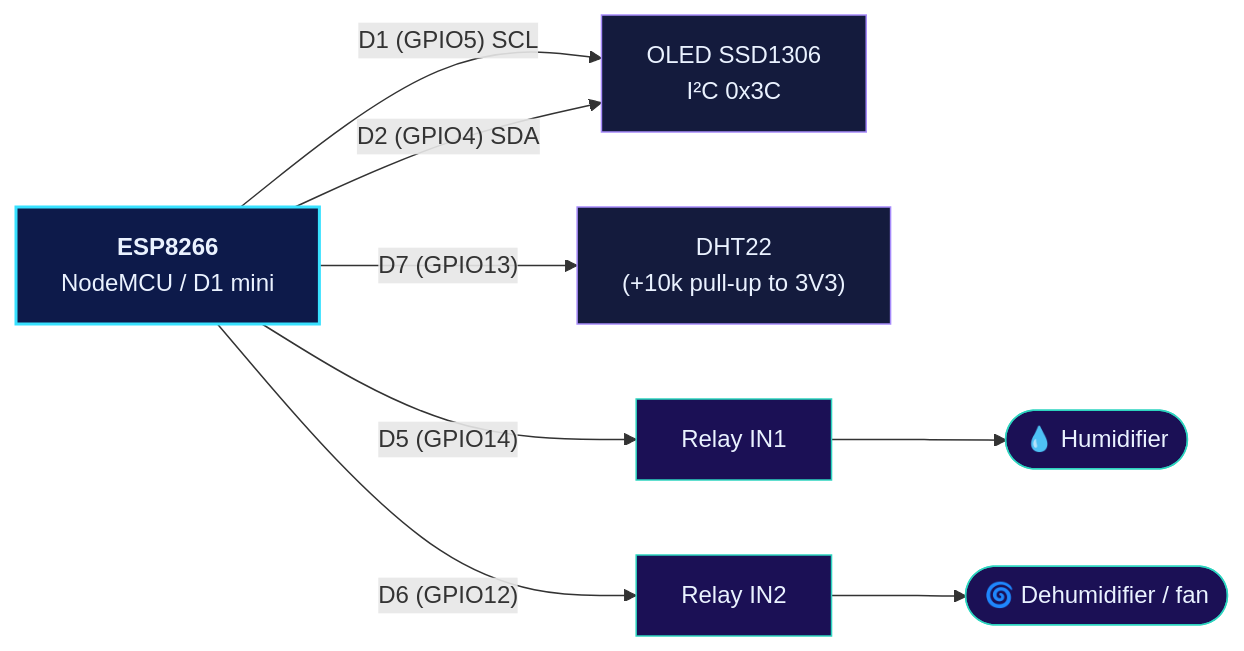
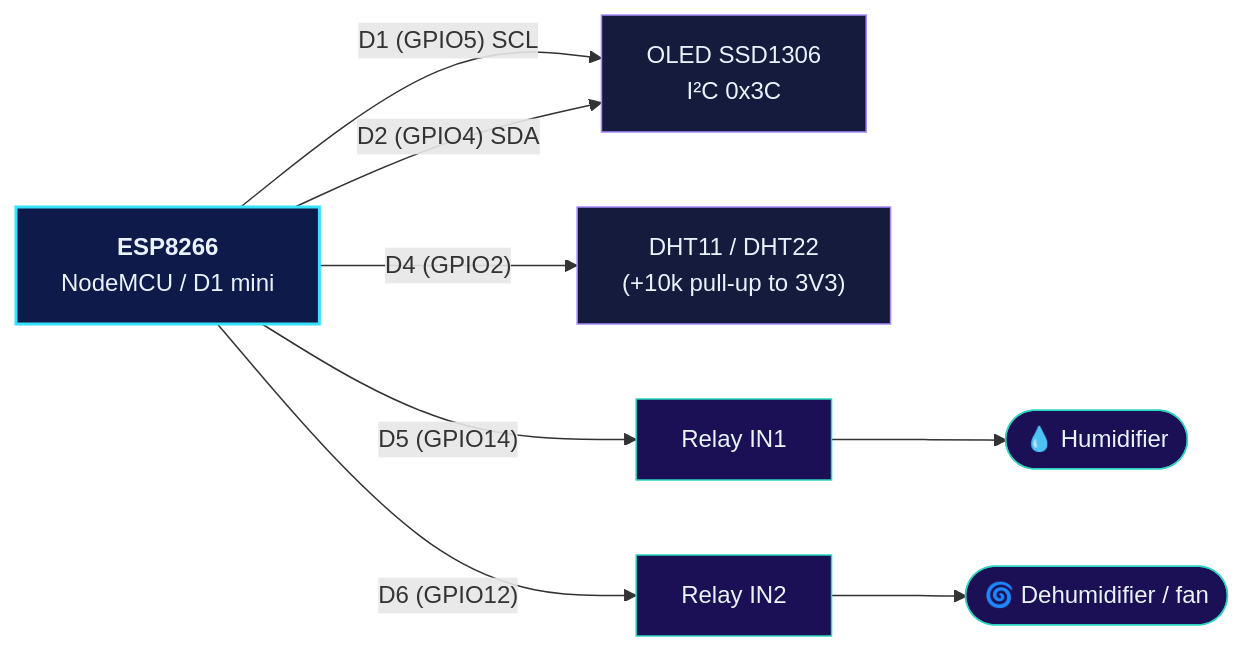
The first of 3 diagrams in README.md (Am4l-babu/humidity-controller), drawn with Mermaid before and after one commit. The commit also changed other lines of this file and 2 other files, not shown here.

Commit message:
Use DHT11 on D4 (GPIO2) and disable the on-board LED that shares it

````diff
--- a/README.md
+++ b/README.md
@@ -118,20 +118,20 @@
 ```mermaid
 flowchart LR
     classDef mcu fill:#0d1a4a,stroke:#38e1ff,color:#eaf2ff,stroke-width:2px
     classDef part fill:#141b3d,stroke:#a78bfa,color:#eaf2ff
     classDef out fill:#1b1055,stroke:#2dd4bf,color:#eaf2ff
 
     ESP["<b>ESP8266</b><br/>NodeMCU / D1 mini"]:::mcu
     OLED["OLED SSD1306<br/>I²C 0x3C"]:::part
-    DHT["DHT22<br/>(+10k pull-up to 3V3)"]:::part
+    DHT["DHT11 / DHT22<br/>(+10k pull-up to 3V3)"]:::part
     R1["Relay IN1"]:::out
     R2["Relay IN2"]:::out
     HUM(["💧 Humidifier"]):::out
     DEH(["🌀 Dehumidifier / fan"]):::out
 
     ESP -- "D1 (GPIO5) SCL" --> OLED
     ESP -- "D2 (GPIO4) SDA" --> OLED
-    ESP -- "D7 (GPIO13)" --> DHT
+    ESP -- "D4 (GPIO2)" --> DHT
     ESP -- "D5 (GPIO14)" --> R1 --> HUM
     ESP -- "D6 (GPIO12)" --> R2 --> DEH
 ```
````
